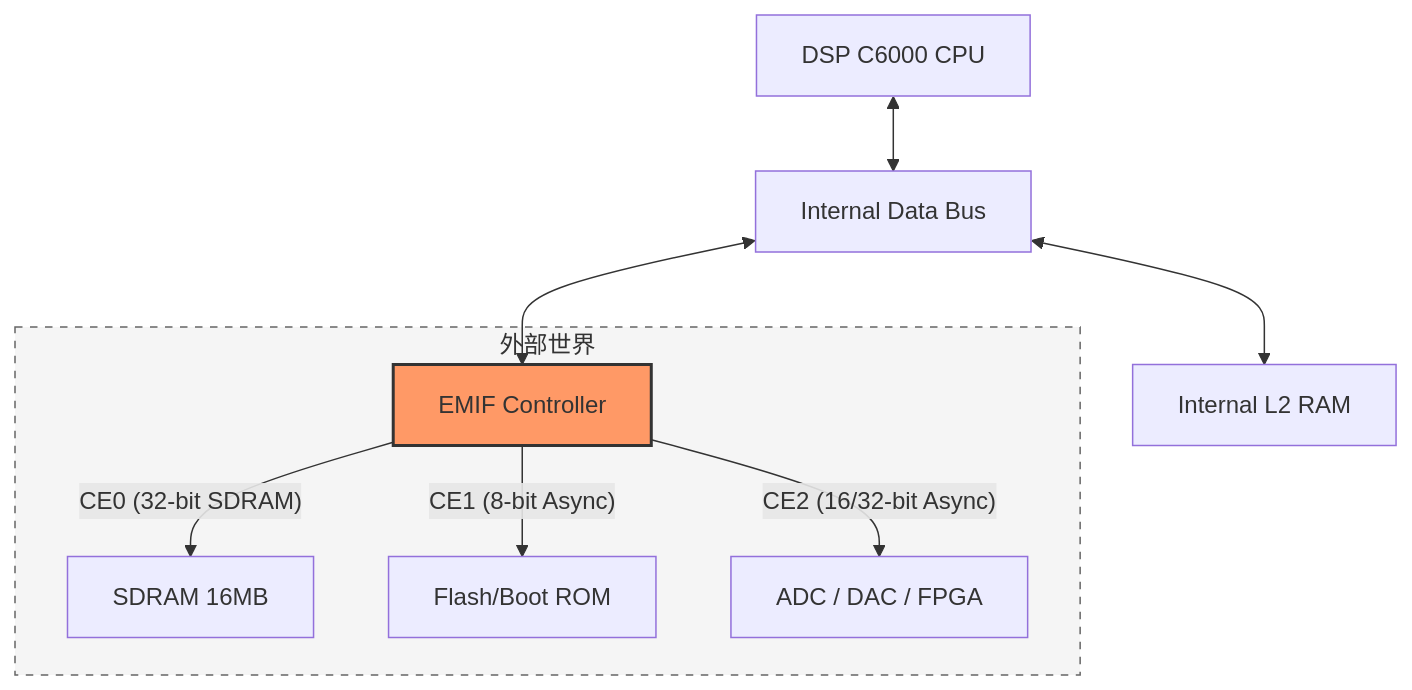
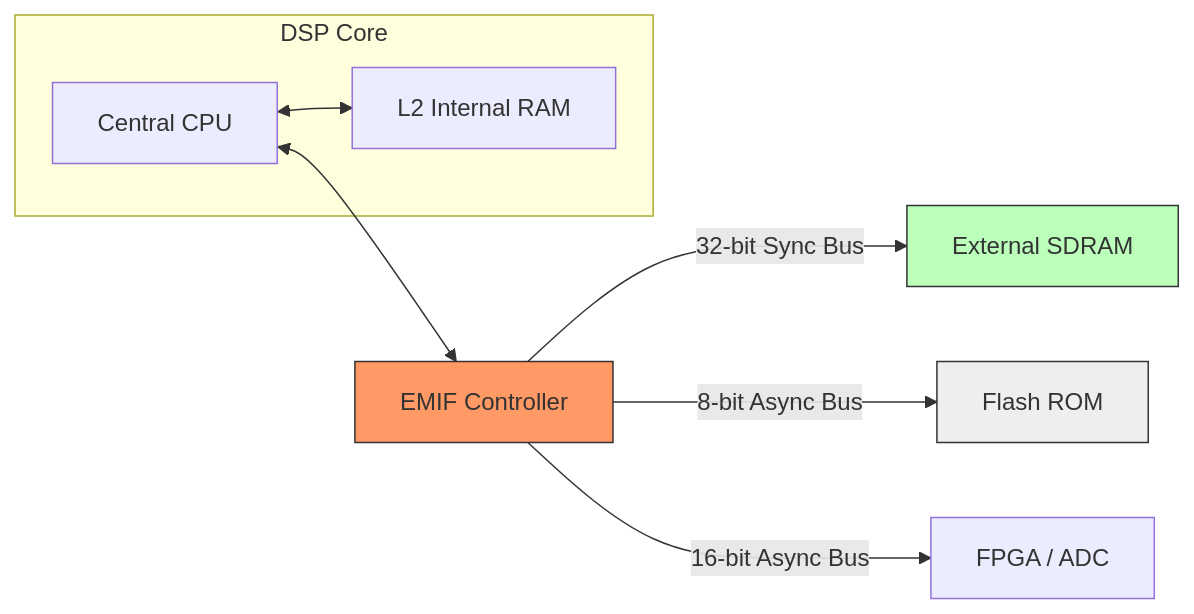
Before and after one commit to Wilfred430/Obsidian: the second of 2 diagrams in DCS/TMS320C6000/Memory_Map與EMIF.md, drawn with Mermaid. The commit also changed other lines of this file and 6 other files, not shown here.

````diff
--- a/DCS/TMS320C6000/Memory_Map與EMIF.md
+++ b/DCS/TMS320C6000/Memory_Map與EMIF.md
@@ -29,15 +86,18 @@
 ```mermaid
-graph TD
-    CPU[DSP C6000 CPU] <--> ID[Internal Data Bus]
-    ID <--> L2[Internal L2 RAM]
-    ID <--> EMIF[EMIF Controller]
-    
-    subgraph External_World [外部世界]
-        EMIF -- "CE0 (32-bit SDRAM)" --> SDRAM[SDRAM 16MB]
-        EMIF -- "CE1 (8-bit Async)" --> Flash[Flash/Boot ROM]
-        EMIF -- "CE2 (16/32-bit Async)" --> Peripherals[ADC / DAC / FPGA]
+graph LR
+    subgraph DSP_Core [DSP Core]
+        CPU[Central CPU]
+        L2[L2 Internal RAM]
     end
 
-    style EMIF fill:#f96,stroke:#333,stroke-width:2px
-    style External_World fill:#f5f5f5,stroke:#666,stroke-dasharray: 5 5
+    CPU <--> L2
+    CPU <--> EMIF[EMIF Controller]
+
+    EMIF -- "32-bit Sync Bus" --> SDRAM[External SDRAM]
+    EMIF -- "8-bit Async Bus" --> Flash[Flash ROM]
+    EMIF -- "16-bit Async Bus" --> FPGA[FPGA / ADC]
+
+    style EMIF fill:#f96,stroke:#333
+    style Flash fill:#eee,stroke:#333
+    style SDRAM fill:#bfb,stroke:#333
 ```
````
